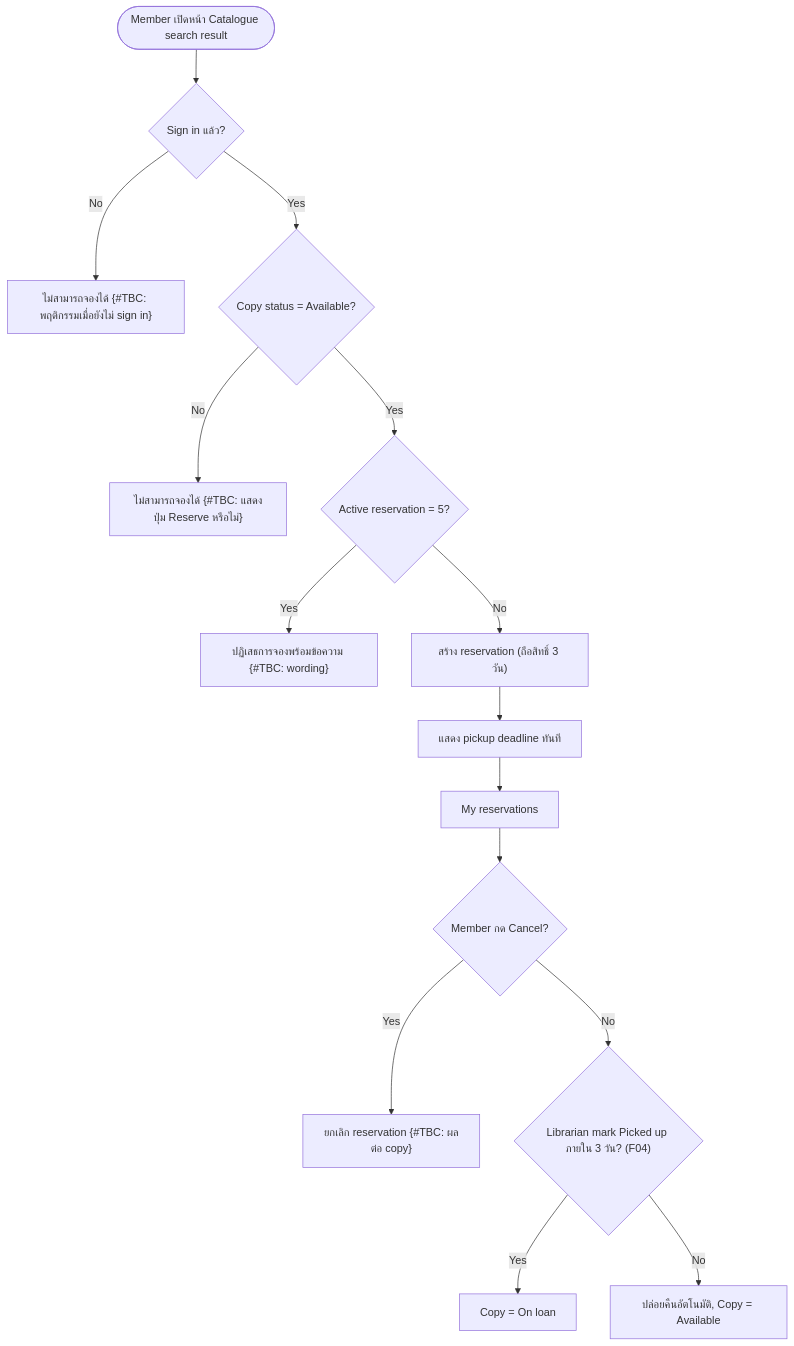
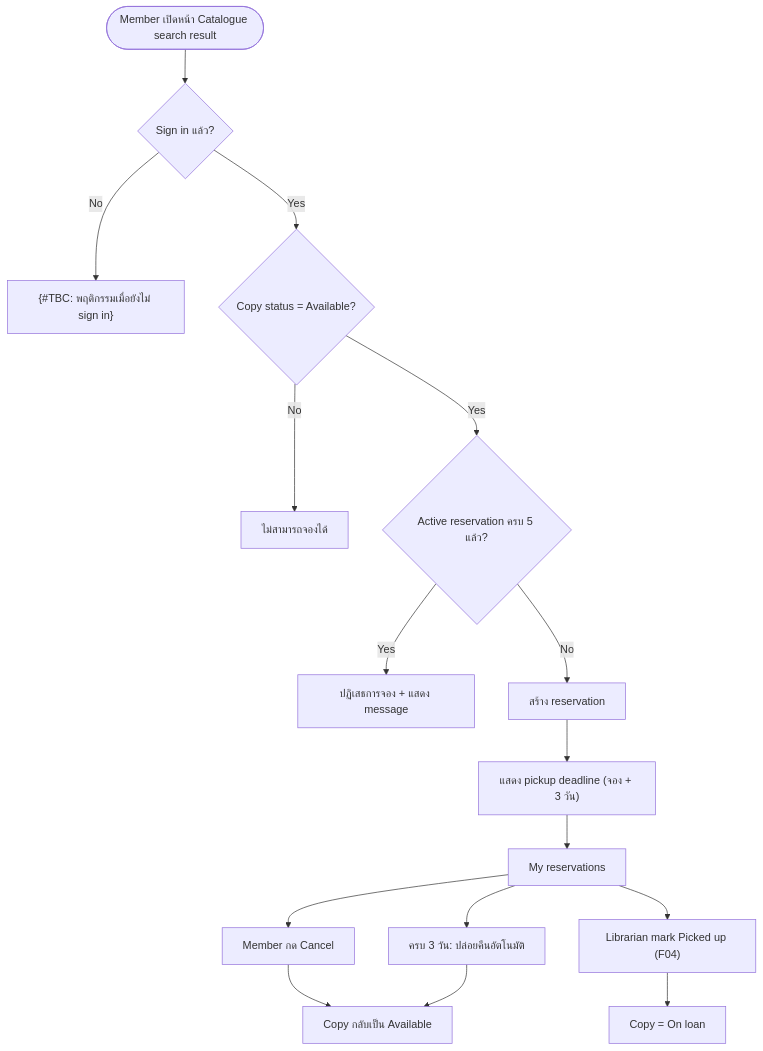
The diagram in raw/business-specification/DE-1/release-r1/member-reserves-a-book-online_bfs.md (chanongul/jolly-docs-test), drawn with Mermaid before and after one commit. The commit also changed other lines of this file and 1 other file, not shown here.

````diff
--- a/raw/business-specification/DE-1/release-r1/member-reserves-a-book-online_bfs.md
+++ b/raw/business-specification/DE-1/release-r1/member-reserves-a-book-online_bfs.md
@@ -83,17 +82,18 @@
 ```mermaid
 flowchart TD
-    START(["Member เปิดหน้า Catalogue search result"]) --> SIGNIN{"Sign in แล้ว?"}
-    SIGNIN -->|"No"| NOSIGN["ไม่สามารถจองได้ {#TBC: พฤติกรรมเมื่อยังไม่ sign in}"]
-    SIGNIN -->|"Yes"| AVAIL{"Copy status = Available?"}
-    AVAIL -->|"No"| NOBTN["ไม่สามารถจองได้ {#TBC: แสดงปุ่ม Reserve หรือไม่}"]
-    AVAIL -->|"Yes"| LIMIT{"Active reservation = 5?"}
-    LIMIT -->|"Yes"| REFUSE["ปฏิเสธการจองพร้อมข้อความ {#TBC: wording}"]
-    LIMIT -->|"No"| RESERVE["สร้าง reservation (ถือสิทธิ์ 3 วัน)"]
-    RESERVE --> SHOW["แสดง pickup deadline ทันที"]
-    SHOW --> MYRES["My reservations"]
-    MYRES --> CANCEL{"Member กด Cancel?"}
-    CANCEL -->|"Yes"| REL1["ยกเลิก reservation {#TBC: ผลต่อ copy}"]
-    CANCEL -->|"No"| PICK{"Librarian mark Picked up ภายใน 3 วัน? (F04)"}
-    PICK -->|"Yes"| LOAN["Copy = On loan"]
-    PICK -->|"No"| AUTO["ปล่อยคืนอัตโนมัติ, Copy = Available"]
+    START(["Member เปิดหน้า Catalogue search result"]) --> AUTH{"Sign in แล้ว?"}
+    AUTH -->|"No"| NOAUTH["{#TBC: พฤติกรรมเมื่อยังไม่ sign in}"]
+    AUTH -->|"Yes"| AVAIL{"Copy status = Available?"}
+    AVAIL -->|"No"| NOBTN["ไม่สามารถจองได้"]
+    AVAIL -->|"Yes"| LIMIT{"Active reservation ครบ 5 แล้ว?"}
+    LIMIT -->|"Yes"| REFUSE["ปฏิเสธการจอง + แสดง message"]
+    LIMIT -->|"No"| RESERVE["สร้าง reservation"]
+    RESERVE --> DEADLINE["แสดง pickup deadline (จอง + 3 วัน)"]
+    DEADLINE --> MYRES["My reservations"]
+    MYRES --> CANCEL["Member กด Cancel"]
+    MYRES --> PICKUP["Librarian mark Picked up (F04)"]
+    MYRES --> EXPIRE["ครบ 3 วัน: ปล่อยคืนอัตโนมัติ"]
+    CANCEL --> RELEASED["Copy กลับเป็น Available"]
+    EXPIRE --> RELEASED
+    PICKUP --> LOAN["Copy = On loan"]
 ```
````
